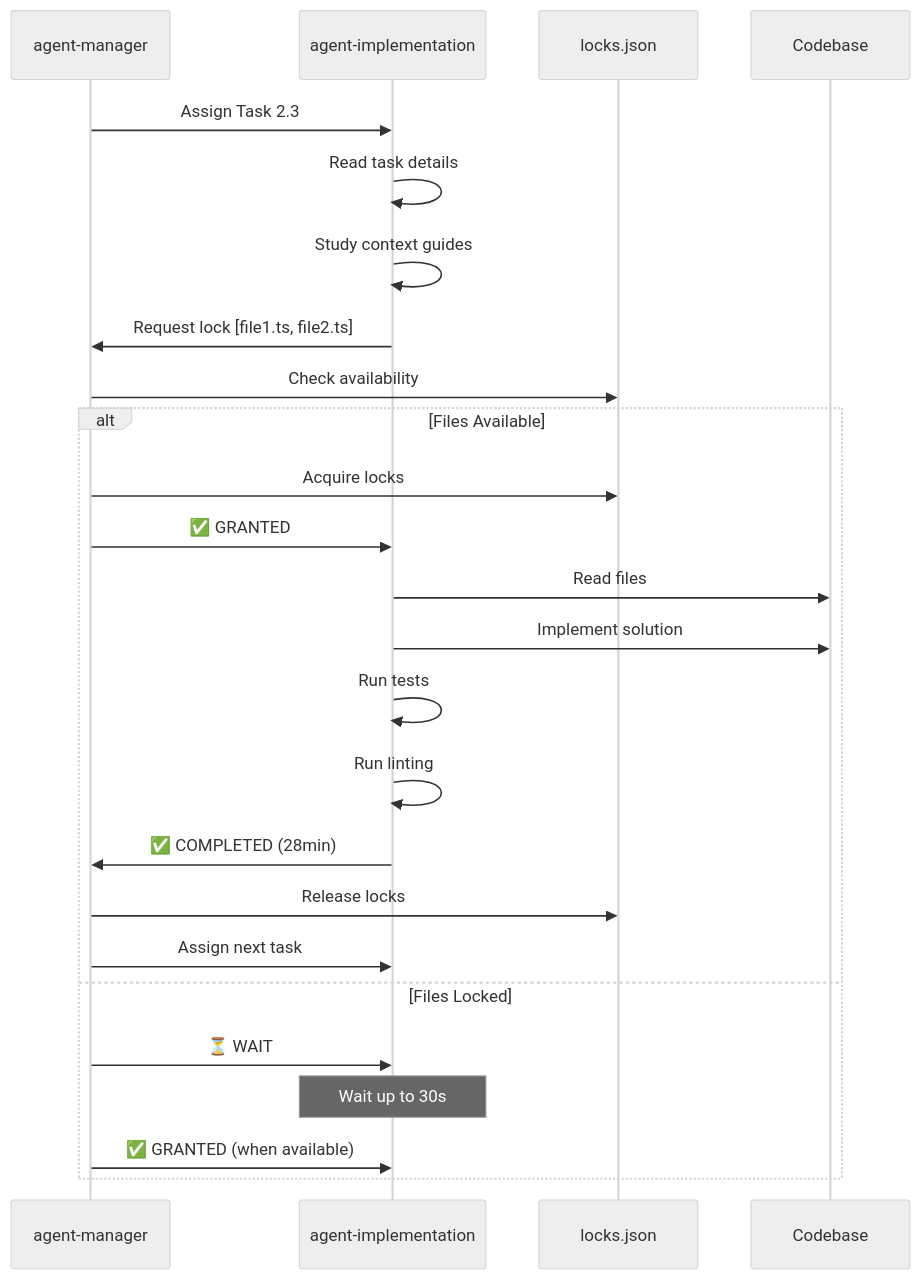
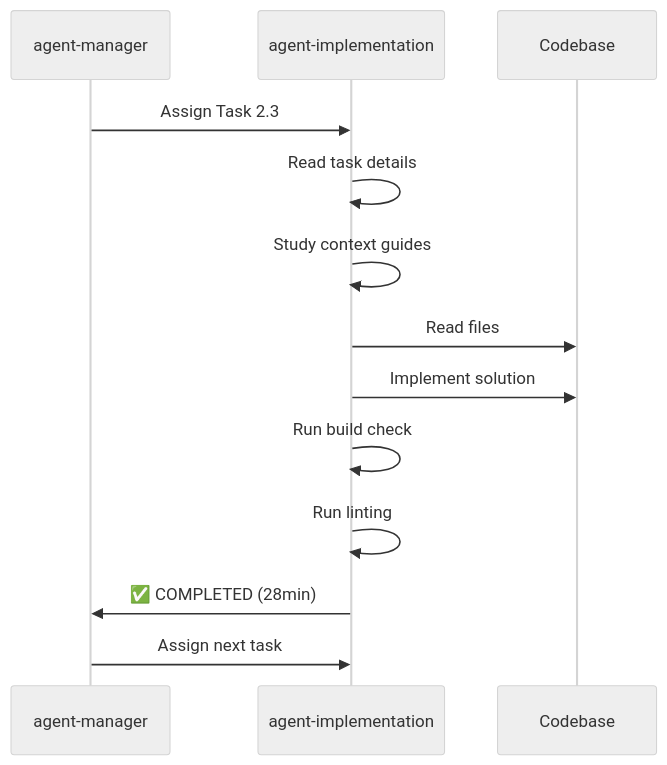
Before and after one commit to bgauryy/octocode-mcp: the seventh of 10 diagrams in octocode-claude-plugin/docs/FLOW.md, drawn with Mermaid (neutral theme). The commit also changed other lines of this file and 28 other files, not shown here.

````diff
--- a/octocode-claude-plugin/docs/FLOW.md
+++ b/octocode-claude-plugin/docs/FLOW.md
@@ -363,29 +367,16 @@
 ```mermaid
 sequenceDiagram
     participant Manager as agent-manager
     participant Impl as agent-implementation
-    participant Locks as locks.json
     participant Files as Codebase
 
     Manager->>Impl: Assign Task 2.3
     Impl->>Impl: Read task details
     Impl->>Impl: Study context guides
-    Impl->>Manager: Request lock [file1.ts, file2.ts]
-    Manager->>Locks: Check availability
-
-    alt Files Available
-        Manager->>Locks: Acquire locks
-        Manager->>Impl: ✅ GRANTED
-        Impl->>Files: Read files
-        Impl->>Files: Implement solution
-        Impl->>Impl: Run tests
-        Impl->>Impl: Run linting
-        Impl->>Manager: ✅ COMPLETED (28min)
-        Manager->>Locks: Release locks
-        Manager->>Impl: Assign next task
-    else Files Locked
-        Manager->>Impl: ⏳ WAIT
-        Note over Impl: Wait up to 30s
-        Manager->>Impl: ✅ GRANTED (when available)
-    end
+    Impl->>Files: Read files
+    Impl->>Files: Implement solution
+    Impl->>Impl: Run build check
+    Impl->>Impl: Run linting
+    Impl->>Manager: ✅ COMPLETED (28min)
+    Manager->>Impl: Assign next task
 ```
````
